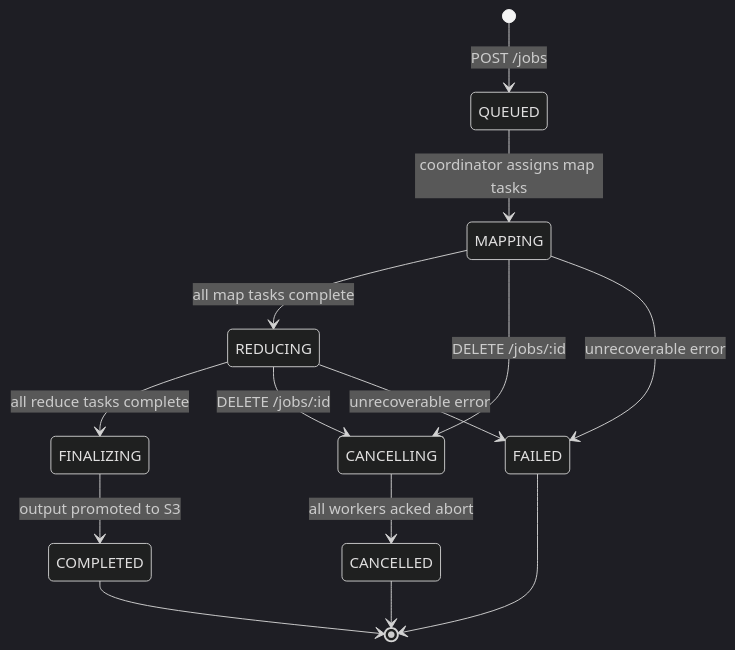
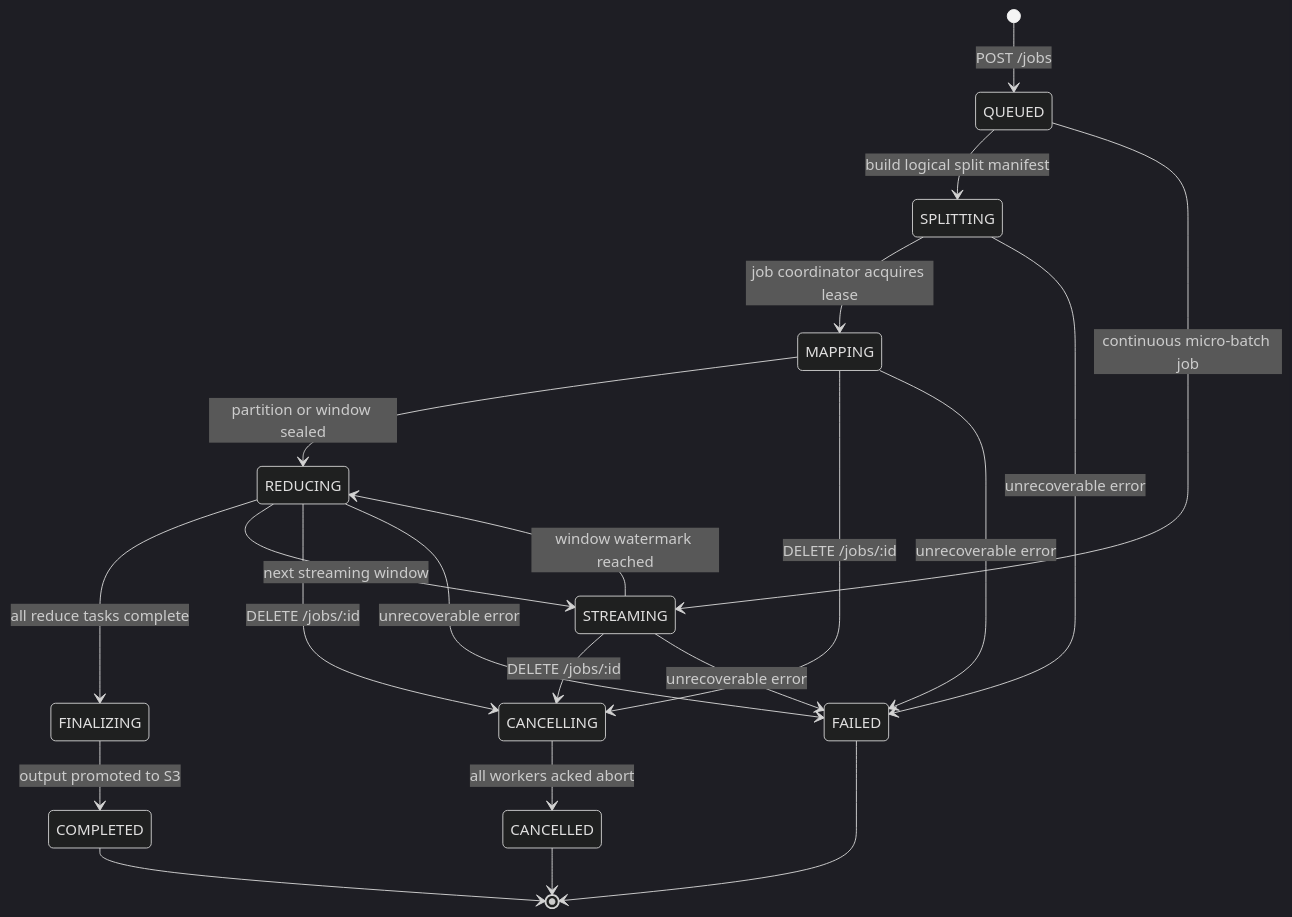
One commit to prateekpurohit13/frien changed the seventh of 29 diagrams in docs/FRIEN_ARCHITECTURE.md. Above: the diagram before and after it, drawn with Mermaid (dark theme). The commit also changed other lines of this file, not shown here.

````diff
--- a/docs/FRIEN_ARCHITECTURE.md
+++ b/docs/FRIEN_ARCHITECTURE.md
@@ -393,16 +449,23 @@
 ```mermaid
 stateDiagram-v2
     [*] --> QUEUED: POST /jobs
-    QUEUED --> MAPPING: coordinator assigns map tasks
-    MAPPING --> REDUCING: all map tasks complete
+    QUEUED --> SPLITTING: build logical split manifest
+    SPLITTING --> MAPPING: job coordinator acquires lease
+    MAPPING --> REDUCING: partition or window sealed
     REDUCING --> FINALIZING: all reduce tasks complete
     FINALIZING --> COMPLETED: output promoted to S3
+    QUEUED --> STREAMING: continuous micro-batch job
+    STREAMING --> REDUCING: window watermark reached
+    REDUCING --> STREAMING: next streaming window
     MAPPING --> CANCELLING: DELETE /jobs/:id
     REDUCING --> CANCELLING: DELETE /jobs/:id
+    STREAMING --> CANCELLING: DELETE /jobs/:id
     CANCELLING --> CANCELLED: all workers acked abort
+    SPLITTING --> FAILED: unrecoverable error
     MAPPING --> FAILED: unrecoverable error
     REDUCING --> FAILED: unrecoverable error
+    STREAMING --> FAILED: unrecoverable error
     COMPLETED --> [*]
     CANCELLED --> [*]
     FAILED --> [*]
 ```
````
